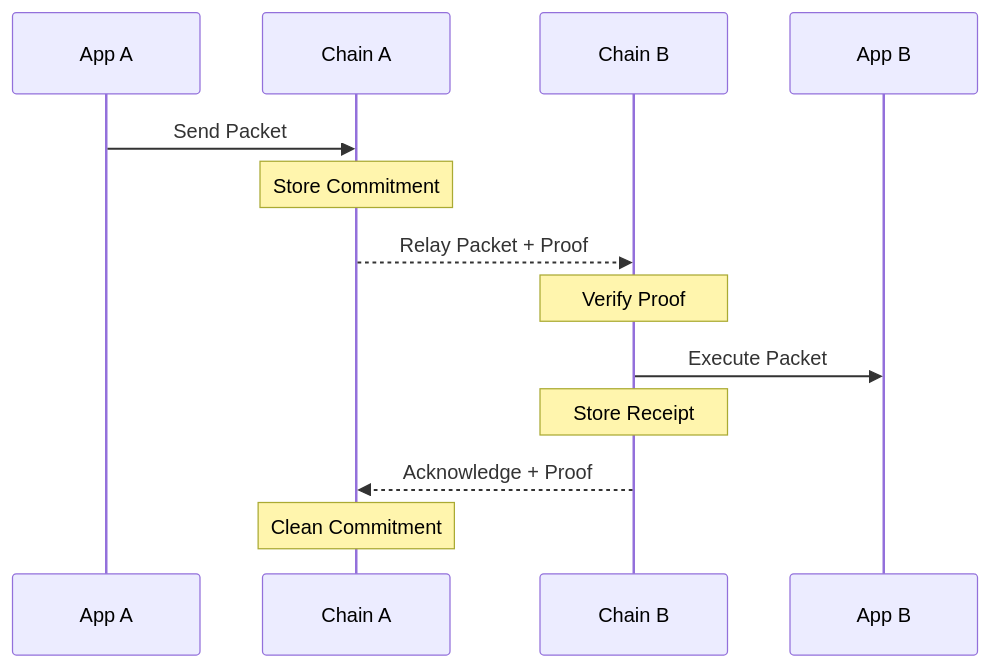
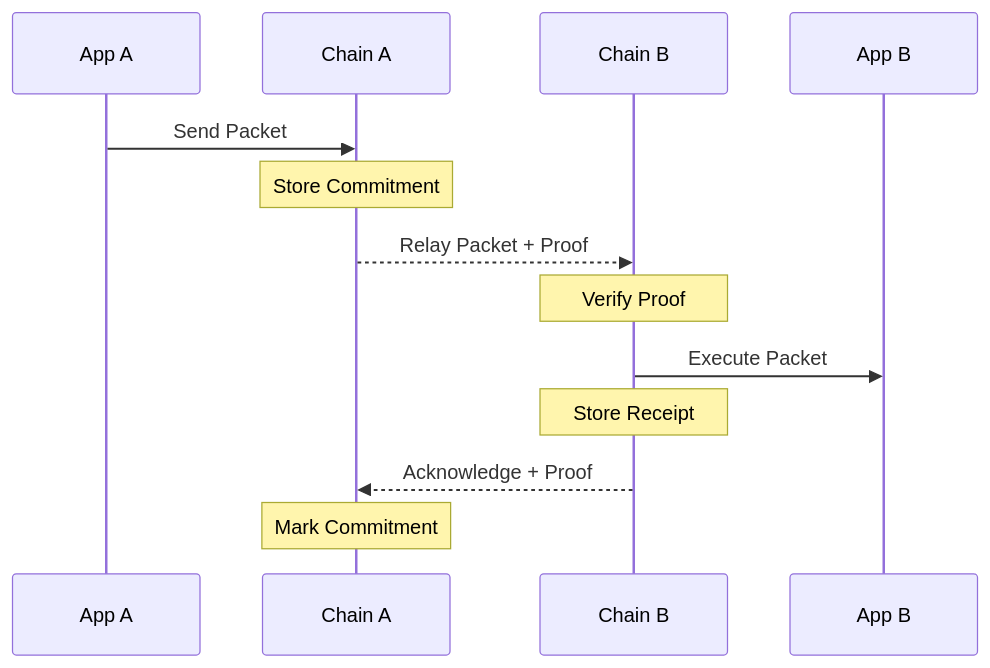
One commit to unionlabs/goblinbook changed the diagram in src/union/packets.md. Above: the diagram before and after it, drawn with Mermaid. The commit also changed other lines of this file, not shown here.

````diff
--- a/src/union/packets.md
+++ b/src/union/packets.md
@@ -5,16 +5,16 @@
 ```mermaid
 sequenceDiagram
     participant App A
     participant Chain A
     participant Chain B
     participant App B
 
     App A->>Chain A: Send Packet
     Note over Chain A: Store Commitment
     Chain A-->>Chain B: Relay Packet + Proof
     Note over Chain B: Verify Proof
     Chain B->>App B: Execute Packet
     Note over Chain B: Store Receipt
     Chain B-->>Chain A: Acknowledge + Proof
-    Note over Chain A: Clean Commitment
+    Note over Chain A: Mark Commitment
 ```
````
